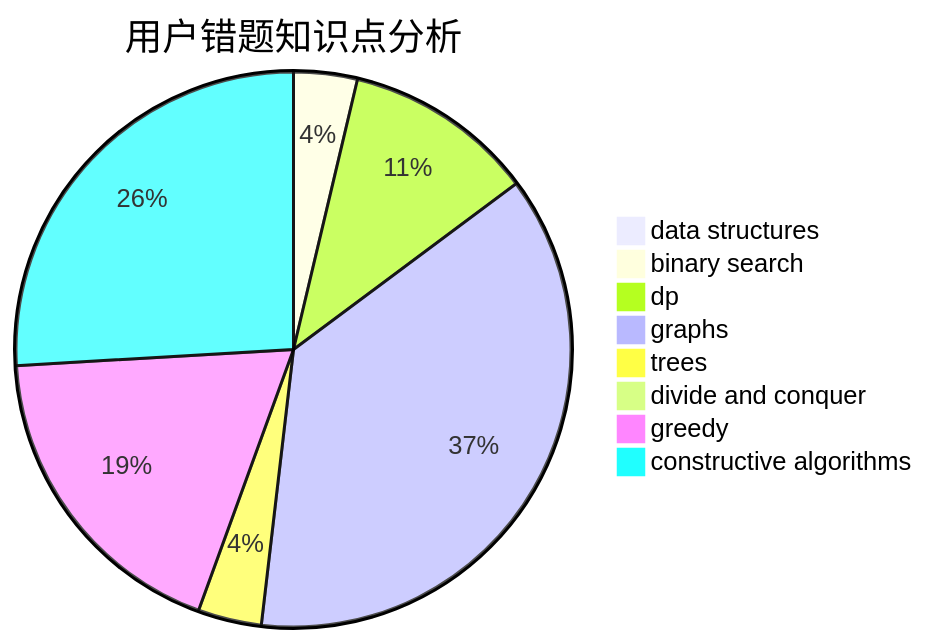
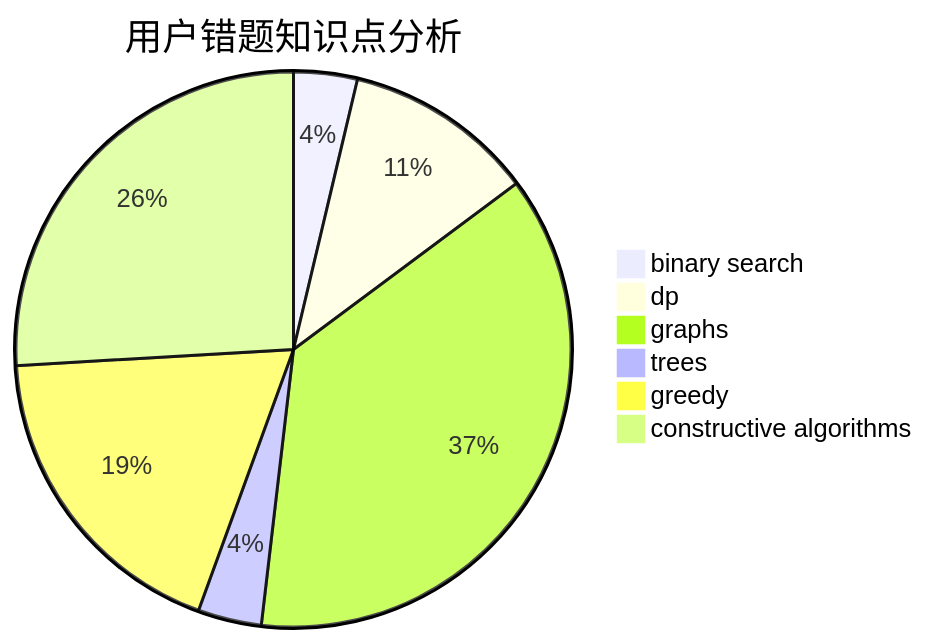
The third of 3 diagrams in docs/user/u2181.md (sherpahu/cfrs.github.io), drawn with Mermaid before and after one commit. The commit also changed other lines of this file and 2770 other files, not shown here.

````diff
--- a/docs/user/u2181.md
+++ b/docs/user/u2181.md
@@ -31,11 +29,9 @@
 ```mermaid
 pie title 用户错题知识点分析
-    "data structures" :  0
     "binary search" :  1
     "dp" :  3
     "graphs" :  10
     "trees" :  1
-    "divide and conquer" :  0
     "greedy" :  5
     "constructive algorithms" :  7
 ```
````
